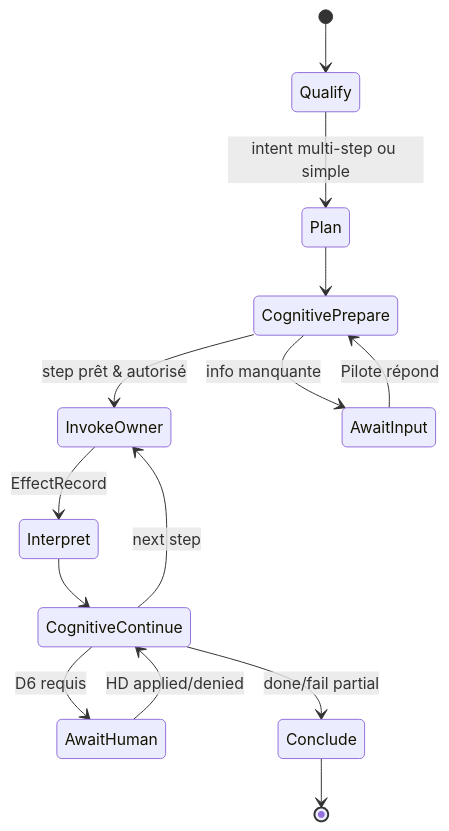
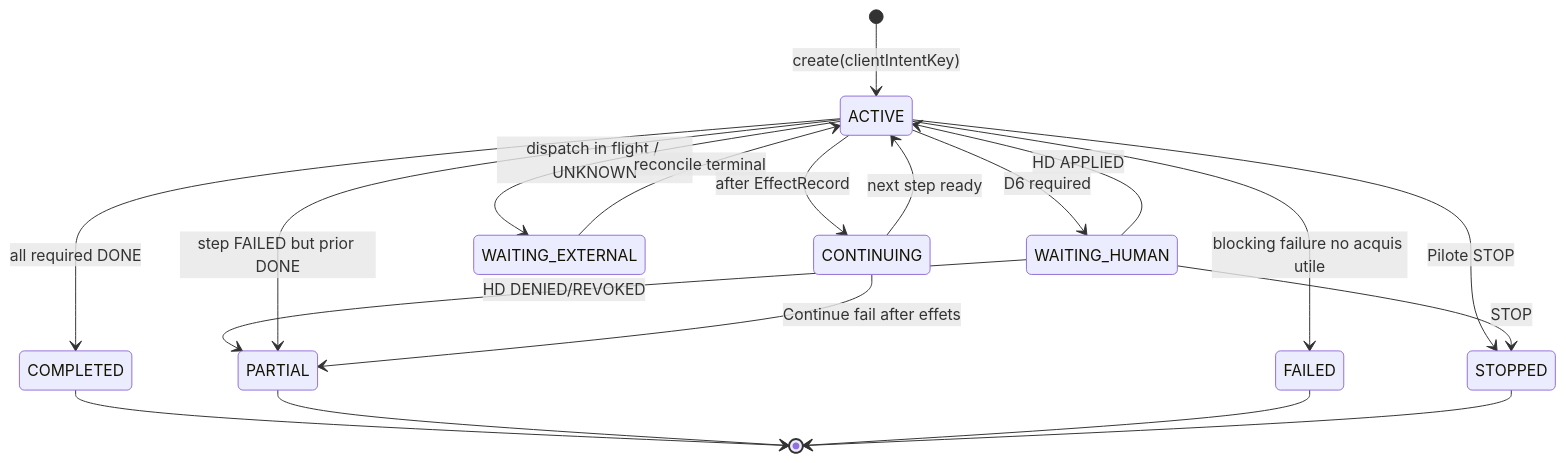
The first of 2 diagrams in sfia-review-handoff/latest-chatgpt-review.md (mcleland147/sfia-workspace), drawn with Mermaid before and after one commit. The commit also changed other lines of this file, not shown here.

Commit message:
review(next): R5 cycle6 technical contracts qualified for intent continuity ACCEPT-01

````diff
--- a/sfia-review-handoff/latest-chatgpt-review.md
+++ b/sfia-review-handoff/latest-chatgpt-review.md
@@ -230,16 +240,21 @@
 ```mermaid
 stateDiagram-v2
-  [*] --> Qualify
-  Qualify --> Plan: intent multi-step ou simple
-  Plan --> CognitivePrepare
-  CognitivePrepare --> InvokeOwner: step prêt & autorisé
-  CognitivePrepare --> AwaitInput: info manquante
-  InvokeOwner --> Interpret: EffectRecord
-  Interpret --> CognitiveContinue
-  CognitiveContinue --> InvokeOwner: next step
-  CognitiveContinue --> AwaitHuman: D6 requis
-  CognitiveContinue --> Conclude: done/fail partial
-  AwaitHuman --> CognitiveContinue: HD applied/denied
-  AwaitInput --> CognitivePrepare: Pilote répond
-  Conclude --> [*]
+  [*] --> ACTIVE: create(clientIntentKey)
+  ACTIVE --> CONTINUING: after EffectRecord
+  CONTINUING --> ACTIVE: next step ready
+  ACTIVE --> WAITING_HUMAN: D6 required
+  WAITING_HUMAN --> ACTIVE: HD APPLIED
+  WAITING_HUMAN --> PARTIAL: HD DENIED/REVOKED
+  ACTIVE --> WAITING_EXTERNAL: dispatch in flight / UNKNOWN
+  WAITING_EXTERNAL --> ACTIVE: reconcile terminal
+  ACTIVE --> PARTIAL: step FAILED but prior DONE
+  ACTIVE --> COMPLETED: all required DONE
+  ACTIVE --> FAILED: blocking failure no acquis utile
+  ACTIVE --> STOPPED: Pilote STOP
+  CONTINUING --> PARTIAL: Continue fail after effets
+  WAITING_HUMAN --> STOPPED: STOP
+  COMPLETED --> [*]
+  PARTIAL --> [*]
+  FAILED --> [*]
+  STOPPED --> [*]
 ```
````
